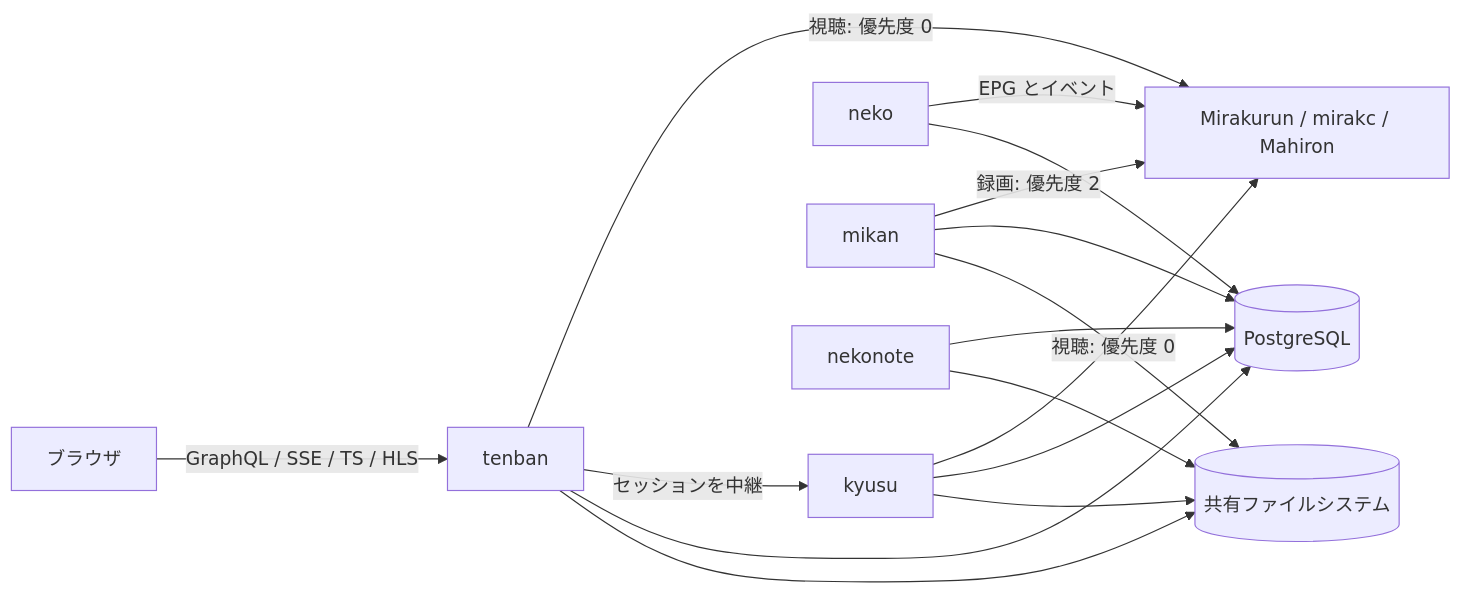
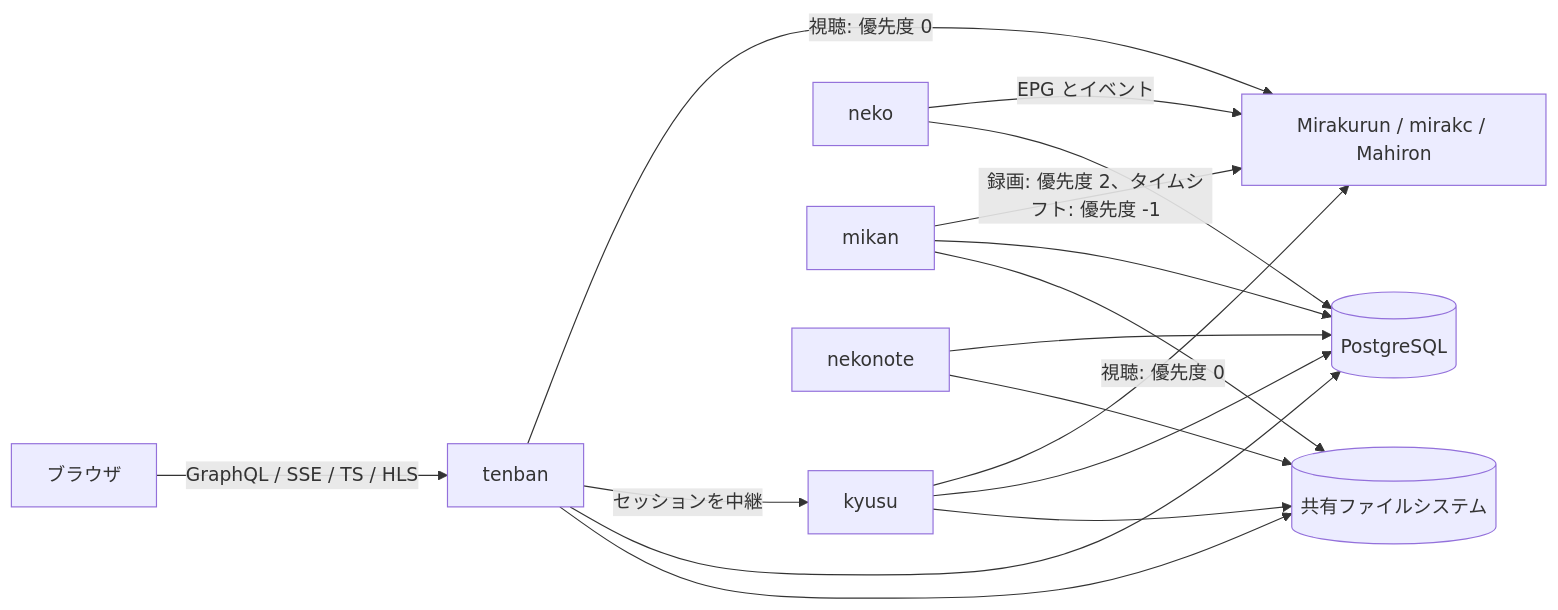
One commit to SlashNephy/kotatsu changed the first of 3 diagrams in docs/spec.v1.md. Above: the diagram before and after it, drawn with Mermaid. The commit also changed other lines of this file, not shown here.

````diff
--- a/docs/spec.v1.md
+++ b/docs/spec.v1.md
@@ -128,14 +128,14 @@
 ```mermaid
 flowchart LR
   B[ブラウザ] -->|GraphQL / SSE / TS / HLS| T[tenban]
   T -->|視聴: 優先度 0| M[Mirakurun / mirakc / Mahiron]
   T -->|セッションを中継| K[kyusu]
   N[neko] -->|EPG とイベント| M
-  R[mikan] -->|録画: 優先度 2| M
+  R[mikan] -->|録画: 優先度 2、タイムシフト: 優先度 -1| M
   K -->|視聴: 優先度 0| M
   W[nekonote]
   DB[(PostgreSQL)]
   FS[(共有ファイルシステム)]
   T & N & R & W & K --> DB
   R & W & T & K --> FS
 ```
````
